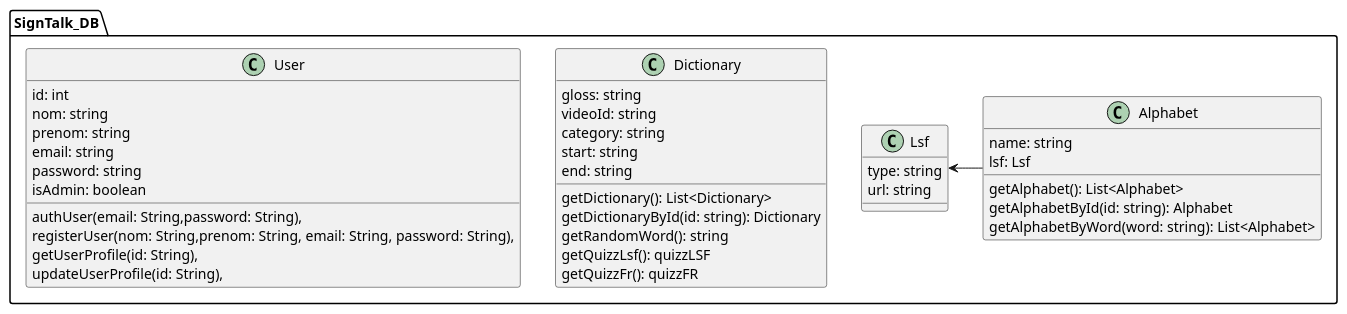
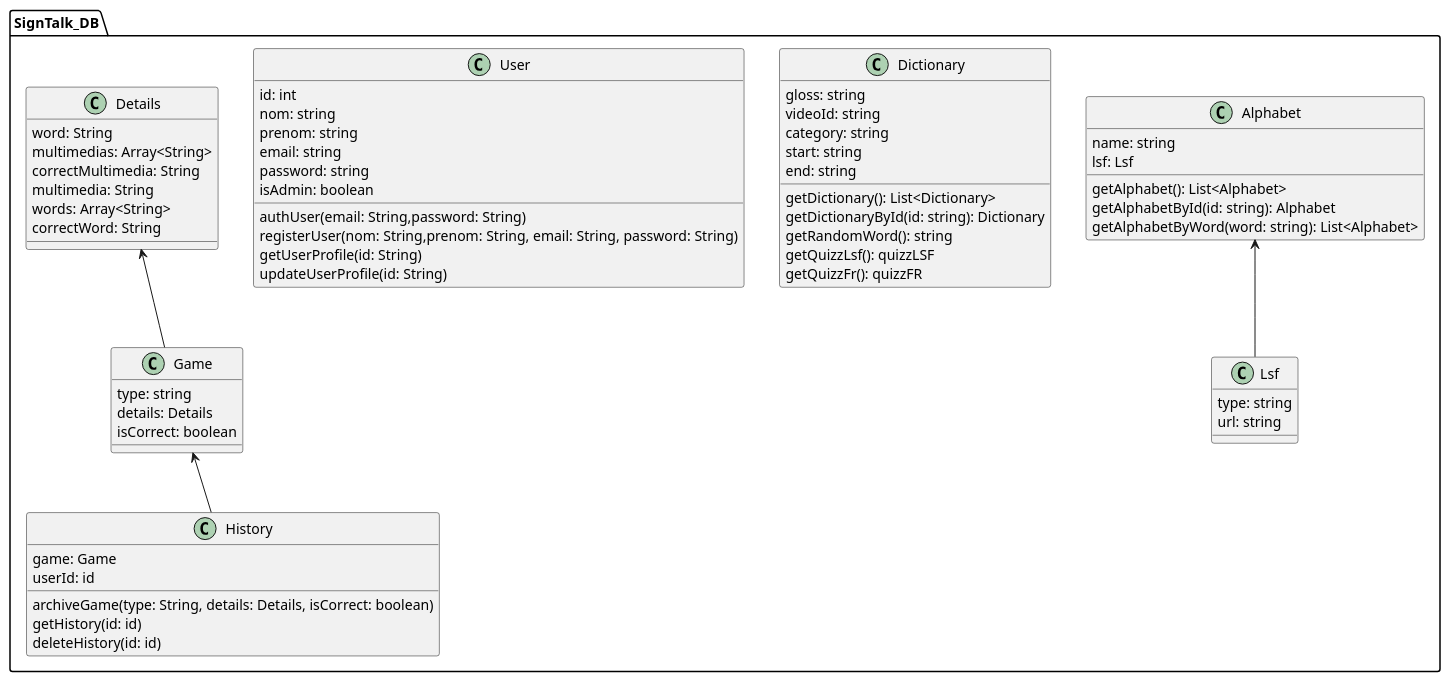
Before and after one commit to Mustapha-Smail/SignTalk: the diagram in ressources/diagram.puml, drawn with PlantUML. The commit also changed 8 other files, not shown here.

```diff
--- a/ressources/diagram.puml
+++ b/ressources/diagram.puml
@@ -1,48 +1,73 @@
 @startuml
 
 package SignTalk_DB {
    
     class Lsf {
         type: string
         url: string
     }
 
     class Alphabet {
         name: string
         lsf: Lsf
         getAlphabet(): List<Alphabet>
         getAlphabetById(id: string): Alphabet
         getAlphabetByWord(word: string): List<Alphabet>    
     }
 
     class Dictionary {
         gloss: string
         videoId: string
         category: string
         start: string
         end: string
         getDictionary(): List<Dictionary>
         getDictionaryById(id: string): Dictionary
         getRandomWord(): string
         getQuizzLsf(): quizzLSF
         getQuizzFr(): quizzFR
     }
 
 
     class User {
             id: int
             nom: string 
             prenom: string 
             email: string
             password: string
             isAdmin: boolean 
-            authUser(email: String,password: String), 
-            registerUser(nom: String,prenom: String, email: String, password: String), 
-            getUserProfile(id: String), 
-            updateUserProfile(id: String), 
+            authUser(email: String,password: String)
+            registerUser(nom: String,prenom: String, email: String, password: String)
+            getUserProfile(id: String)
+            updateUserProfile(id: String)
     }
 
-    Lsf <- Alphabet
+    class Details {
+        word: String
+        multimedias: Array<String>
+        correctMultimedia: String 
+        multimedia: String 
+        words: Array<String> 
+        correctWord: String 
+    }
+
+    class Game {
+        type: string
+        details: Details 
+        isCorrect: boolean
+    }
+
+    class History {
+        game: Game 
+        userId: id 
+        archiveGame(type: String, details: Details, isCorrect: boolean)
+        getHistory(id: id)
+        deleteHistory(id: id)
+    }
+
+    Alphabet <-- Lsf  
+    Details <-- Game 
+    Game <-- History
 }
 
 @enduml
```
